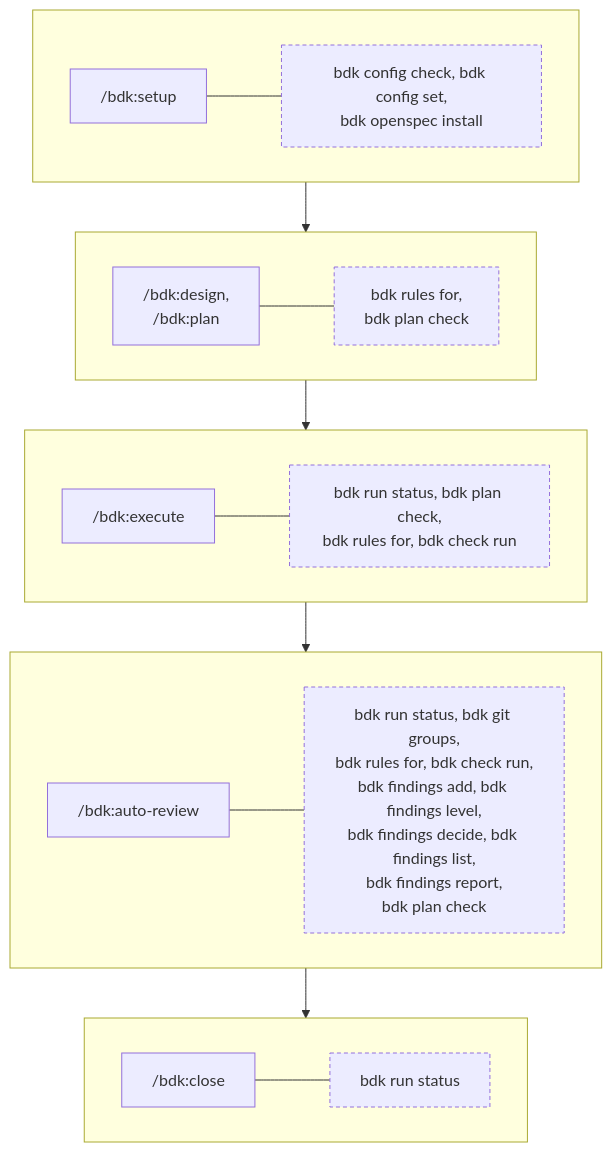
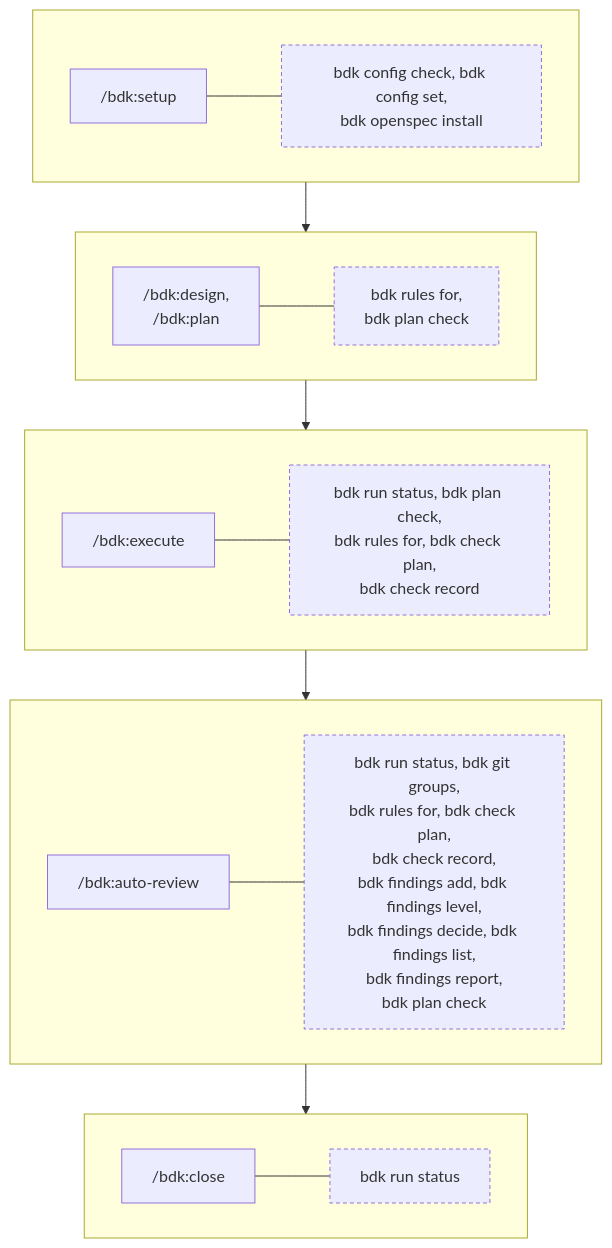
Before and after one commit to broneq/bdk: the second of 6 diagrams in docs/concepts/cli-config-hooks.md, drawn with Mermaid. The commit also changed other lines of this file and 67 other files, not shown here.

First line of the commit message:
feat(check)!: plan the checks and let the agent run the real command

````diff
--- a/docs/concepts/cli-config-hooks.md
+++ b/docs/concepts/cli-config-hooks.md
@@ -47,29 +47,29 @@
 ```mermaid
 flowchart TB
   subgraph R0[" "]
     direction LR
     S0["/bdk:setup"] --- C0["bdk config check, bdk config set,<br/>bdk openspec install"]
   end
   subgraph R1[" "]
     direction LR
     S1["/bdk:design,<br/>/bdk:plan"] --- C1["bdk rules for,<br/>bdk plan check"]
   end
   subgraph R2[" "]
     direction LR
-    S2["/bdk:execute"] --- C2["bdk run status, bdk plan check,<br/>bdk rules for, bdk check run"]
+    S2["/bdk:execute"] --- C2["bdk run status, bdk plan check,<br/>bdk rules for, bdk check plan,<br/>bdk check record"]
   end
   subgraph R3[" "]
     direction LR
-    S3["/bdk:auto-review"] --- C3["bdk run status, bdk git groups,<br/>bdk rules for, bdk check run,<br/>bdk findings add, bdk findings level,<br/>bdk findings decide, bdk findings list,<br/>bdk findings report,<br/>bdk plan check"]
+    S3["/bdk:auto-review"] --- C3["bdk run status, bdk git groups,<br/>bdk rules for, bdk check plan,<br/>bdk check record,<br/>bdk findings add, bdk findings level,<br/>bdk findings decide, bdk findings list,<br/>bdk findings report,<br/>bdk plan check"]
   end
   subgraph R4[" "]
     direction LR
     S4["/bdk:close"] --- C4["bdk run status"]
   end
   R0 --> R1
   R1 --> R2
   R2 --> R3
   R3 --> R4
   classDef aside stroke-dasharray:4 3
   class C0,C1,C2,C3,C4 aside
 ```
````
